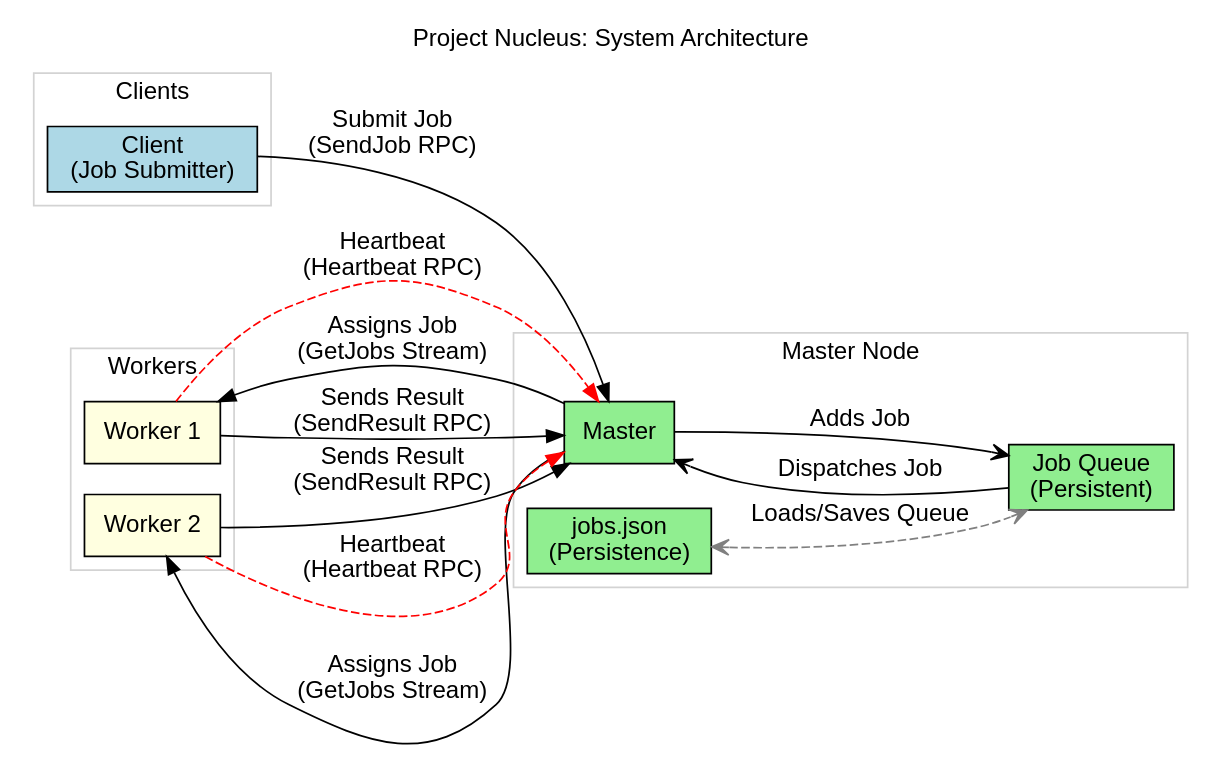
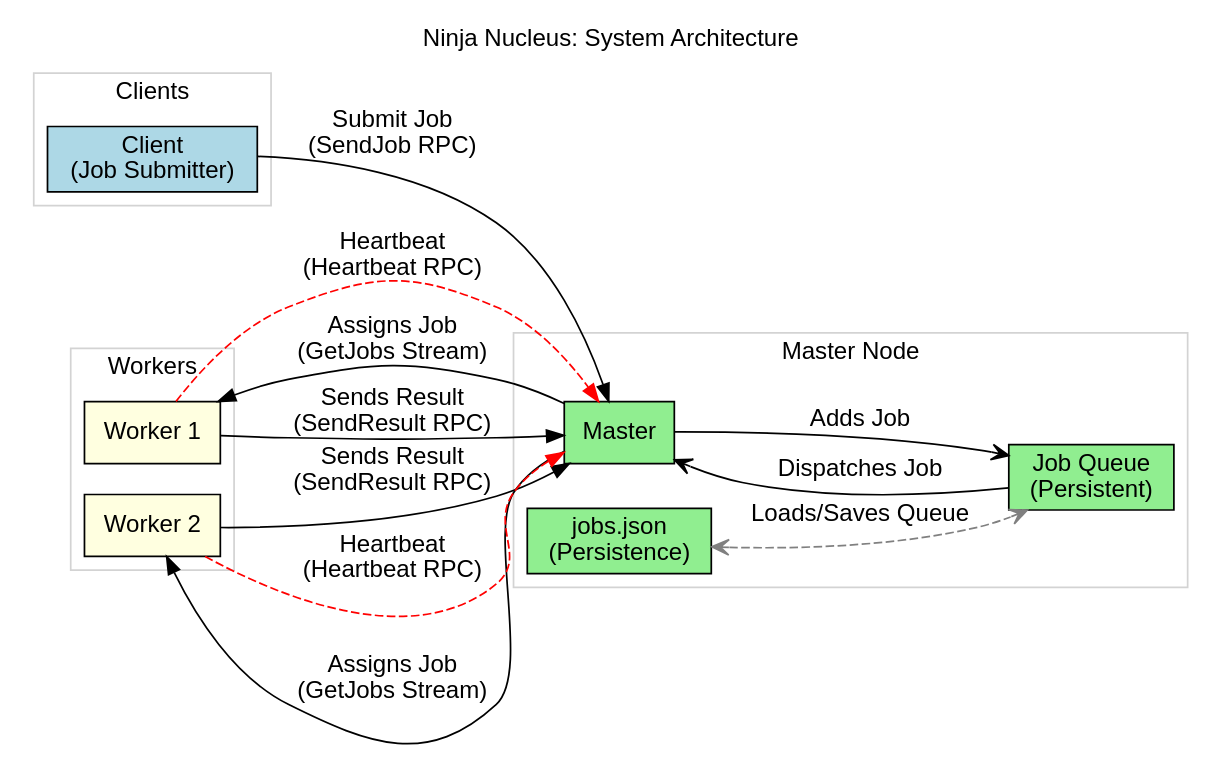
The diagram in architecture.dot (Ninja-Koushik/python-distributed-systems), drawn with Graphviz before and after one commit.

Commit message:
architecture.dot

```diff
--- a/architecture.dot
+++ b/architecture.dot
@@ -1,46 +1,46 @@
 digraph G {
-    graph [rankdir=LR, labelloc="t", label="Project Nucleus: System Architecture", fontname="Helvetica"];
+    graph [rankdir=LR, labelloc="t", label="Ninja Nucleus: System Architecture", fontname="Helvetica"];
     node [fontname="Helvetica", shape=box, style=filled];
     edge [fontname="Helvetica"];
 
     subgraph cluster_0 {
         label = "Clients";
         color = lightgrey;
         node [shape=box, style=filled, fillcolor=lightblue];
         client [label="Client\n(Job Submitter)"];
     }
 
     subgraph cluster_1 {
         label = "Master Node";
         color = lightgrey;
         node [shape=box, style=filled, fillcolor=lightgreen];
         master [label="Master"];
         job_queue [label="Job Queue\n(Persistent)"];
         jobs_file [label="jobs.json\n(Persistence)"];
     }
     
     subgraph cluster_2 {
         label = "Workers";
         color = lightgrey;
         node [shape=box, style=filled, fillcolor=lightyellow];
         worker_1 [label="Worker 1"];
         worker_2 [label="Worker 2"];
     }
 
     // Edge definitions
     client -> master [label="Submit Job\n(SendJob RPC)"];
     
     master -> job_queue [label="Adds Job", arrowhead=open];
     job_queue -> master [label="Dispatches Job", arrowhead=open];
 
     jobs_file -> job_queue [label="Loads/Saves Queue", dir=both, arrowhead=open, arrowtail=open, style=dashed, color=gray];
     
     master -> worker_1 [label="Assigns Job\n(GetJobs Stream)"];
     master -> worker_2 [label="Assigns Job\n(GetJobs Stream)"];
     
     worker_1 -> master [label="Sends Result\n(SendResult RPC)"];
     worker_2 -> master [label="Sends Result\n(SendResult RPC)"];
 
     worker_1 -> master [label="Heartbeat\n(Heartbeat RPC)", style=dashed, color=red];
     worker_2 -> master [label="Heartbeat\n(Heartbeat RPC)", style=dashed, color=red];
 }
```
